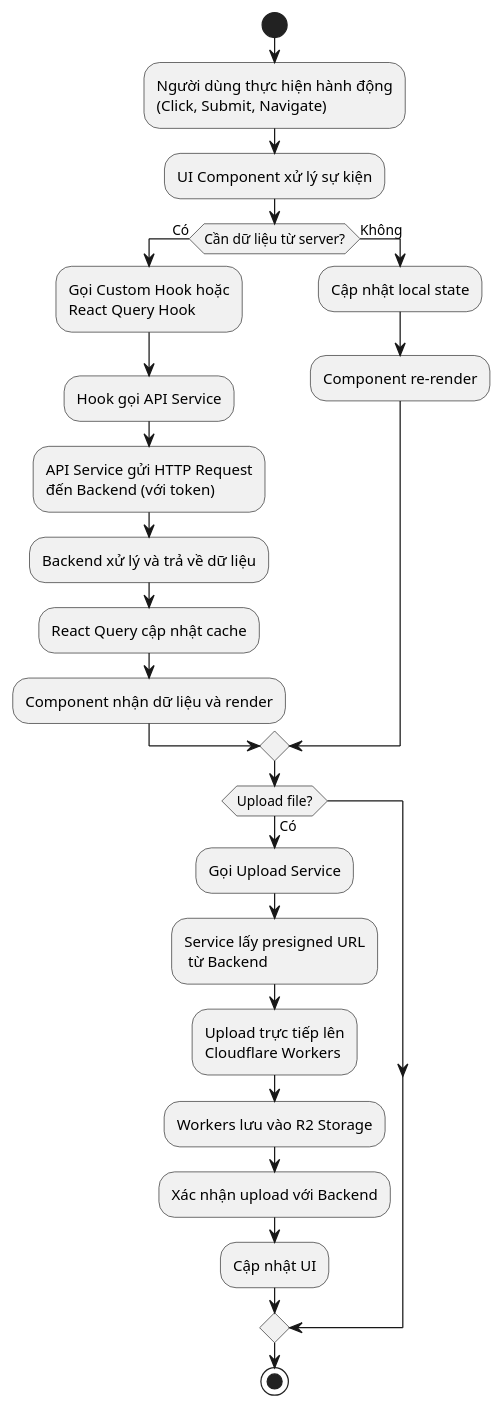
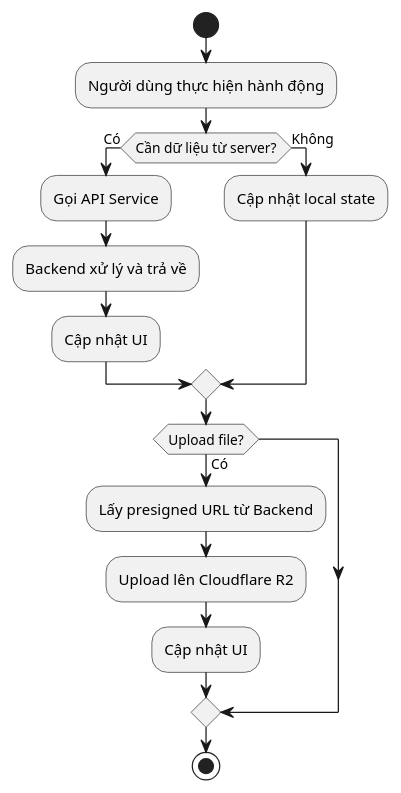
Before and after one commit to ngocnghia81/KhoiTriSo-PHP: the third of 5 diagrams in khoitriso-be/HE_THONG_GIOI_THIEU.md, drawn with PlantUML. The commit also changed other lines of this file and 23 other files, not shown here.

````diff
--- a/khoitriso-be/HE_THONG_GIOI_THIEU.md
+++ b/khoitriso-be/HE_THONG_GIOI_THIEU.md
@@ -403,28 +308,19 @@
 ```plantuml
-    @startuml
-    start
-    :Người dùng thực hiện hành động\n(Click, Submit, Navigate);
-    :UI Component xử lý sự kiện;
-    if (Cần dữ liệu từ server?) then (Có)
-    :Gọi Custom Hook hoặc\nReact Query Hook;
-    :Hook gọi API Service;
-    :API Service gửi HTTP Request\nđến Backend (với token);
-    :Backend xử lý và trả về dữ liệu;
-    :React Query cập nhật cache;
-    :Component nhận dữ liệu và render;
-    else (Không)
-    :Cập nhật local state;
-    :Component re-render;
-    endif
-    if (Upload file?) then (Có)
-    :Gọi Upload Service;
-    :Service lấy presigned URL\n từ Backend;
-    :Upload trực tiếp lên\nCloudflare Workers;
-    :Workers lưu vào R2 Storage;
-    :Xác nhận upload với Backend;
-    :Cập nhật UI;
-    endif
-    stop
-
-    @enduml
+@startuml
+start
+:Người dùng thực hiện hành động;
+if (Cần dữ liệu từ server?) then (Có)
+  :Gọi API Service;
+  :Backend xử lý và trả về;
+  :Cập nhật UI;
+else (Không)
+  :Cập nhật local state;
+endif
+if (Upload file?) then (Có)
+  :Lấy presigned URL từ Backend;
+  :Upload lên Cloudflare R2;
+  :Cập nhật UI;
+endif
+stop
+@enduml
 ```
````
